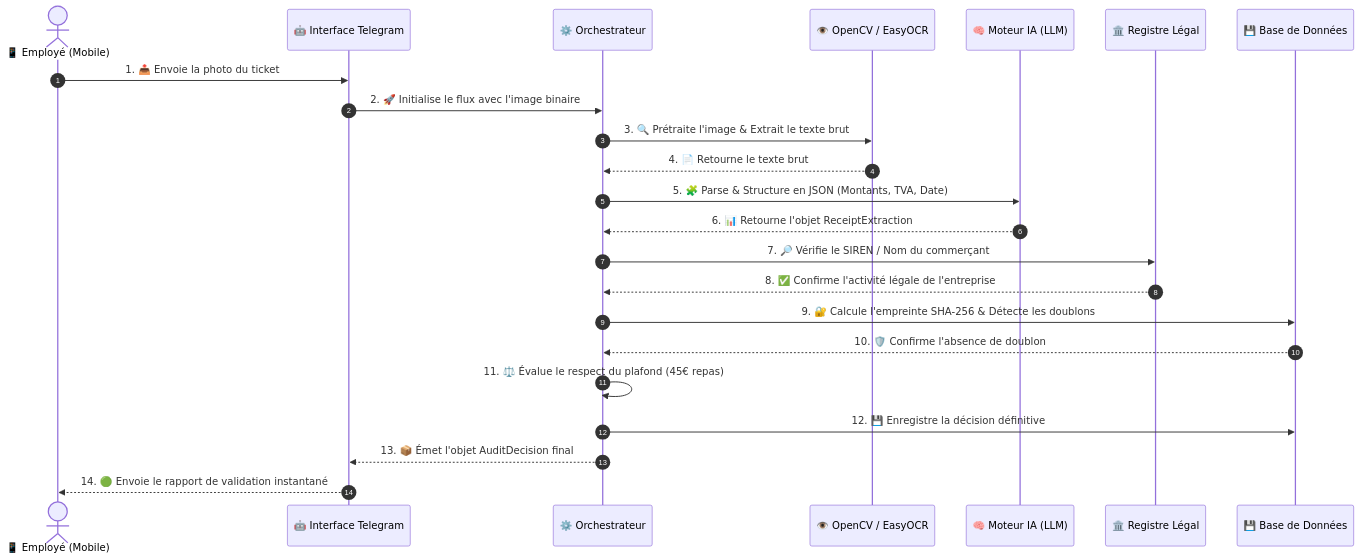
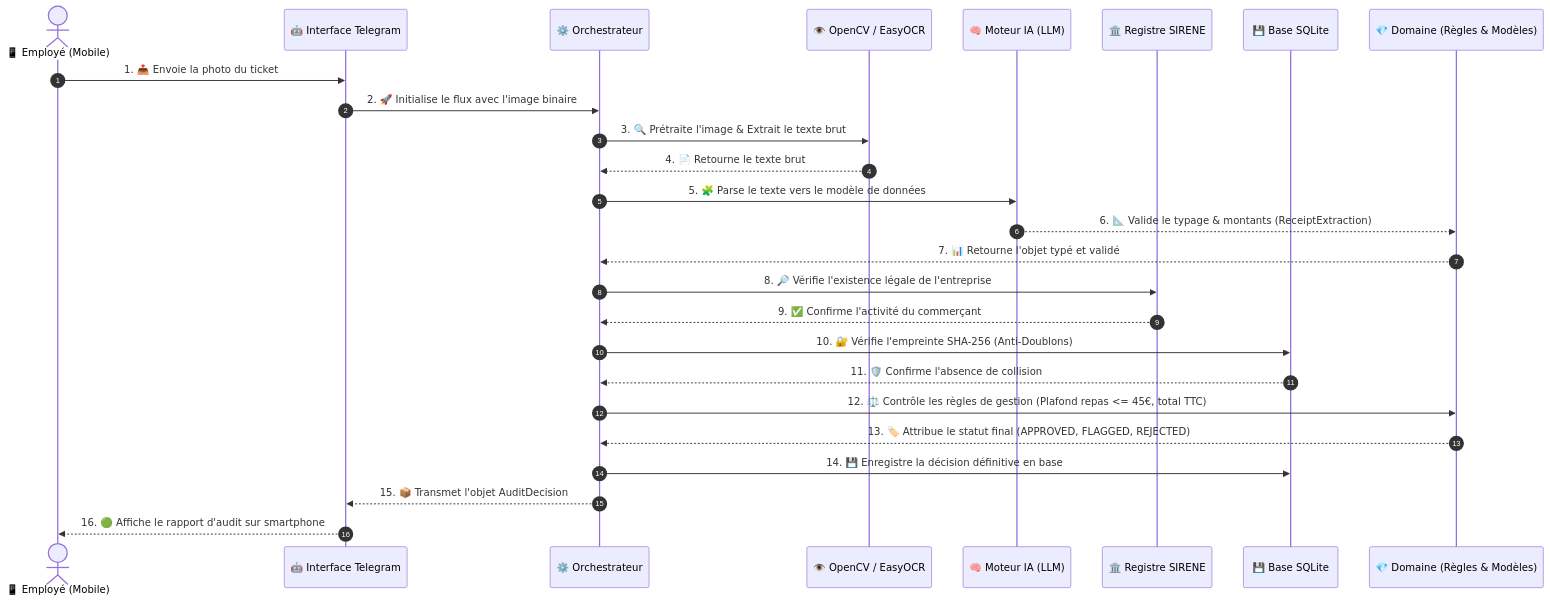
Before and after one commit to clairedata/expensyguard: the second of 2 diagrams in README.md, drawn with Mermaid. The commit also changed other lines of this file, not shown here.

Commit message:
docs: modif Flux Séquentiel d'un Reçu (Workflow d'Audit)

````diff
--- a/README.md
+++ b/README.md
@@ -57,26 +57,29 @@
 ```mermaid
 sequenceDiagram
     autonumber
     actor Employe as 📱 Employé (Mobile)
     participant Bot as 🤖 Interface Telegram
     participant LangGraph as ⚙️ Orchestrateur
     participant OCR as 👁️ OpenCV / EasyOCR
     participant LLM as 🧠 Moteur IA (LLM)
-    participant SIRENE as 🏛️ Registre Légal
-    participant SQLite as 💾 Base de Données
+    participant SIRENE as 🏛️ Registre SIRENE
+    participant SQLite as 💾 Base SQLite
+    participant Domaine as 💎 Domaine (Règles & Modèles)
 
     Employe->>Bot: 1. 📤 Envoie la photo du ticket
     Bot->>LangGraph: 2. 🚀 Initialise le flux avec l'image binaire
     LangGraph->>OCR: 3. 🔍 Prétraite l'image & Extrait le texte brut
     OCR-->>LangGraph: 4. 📄 Retourne le texte brut
-    LangGraph->>LLM: 5. 🧩 Parse & Structure en JSON (Montants, TVA, Date)
-    LLM-->>LangGraph: 6. 📊 Retourne l'objet ReceiptExtraction
-    LangGraph->>SIRENE: 7. 🔎 Vérifie le SIREN / Nom du commerçant
-    SIRENE-->>LangGraph: 8. ✅ Confirme l'activité légale de l'entreprise
-    LangGraph->>SQLite: 9. 🔐 Calcule l'empreinte SHA-256 & Détecte les doublons
-    SQLite-->>LangGraph: 10. 🛡️ Confirme l'absence de doublon
-    LangGraph->>LangGraph: 11. ⚖️ Évalue le respect du plafond (45€ repas)
-    LangGraph->>SQLite: 12. 💾 Enregistre la décision définitive
-    LangGraph-->>Bot: 13. 📦 Émet l'objet AuditDecision final
-    Bot-->>Employe: 14. 🟢 Envoie le rapport de validation instantané
+    LangGraph->>LLM: 5. 🧩 Parse le texte vers le modèle de données
+    LLM-->>Domaine: 6. 📐 Valide le typage & montants (ReceiptExtraction)
+    Domaine-->>LangGraph: 7. 📊 Retourne l'objet typé et validé
+    LangGraph->>SIRENE: 8. 🔎 Vérifie l'existence légale de l'entreprise
+    SIRENE-->>LangGraph: 9. ✅ Confirme l'activité du commerçant
+    LangGraph->>SQLite: 10. 🔐 Vérifie l'empreinte SHA-256 (Anti-Doublons)
+    SQLite-->>LangGraph: 11. 🛡️ Confirme l'absence de collision
+    LangGraph->>Domaine: 12. ⚖️ Contrôle les règles de gestion (Plafond repas <= 45€, total TTC)
+    Domaine-->>LangGraph: 13. 🏷️ Attribue le statut final (APPROVED, FLAGGED, REJECTED)
+    LangGraph->>SQLite: 14. 💾 Enregistre la décision définitive en base
+    LangGraph-->>Bot: 15. 📦 Transmet l'objet AuditDecision
+    Bot-->>Employe: 16. 🟢 Affiche le rapport d'audit sur smartphone
 ```
````
